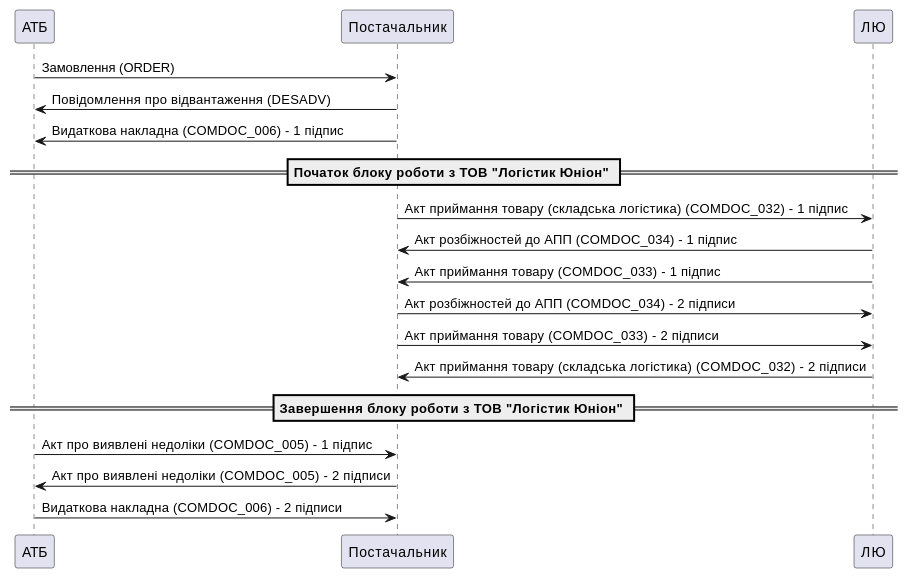
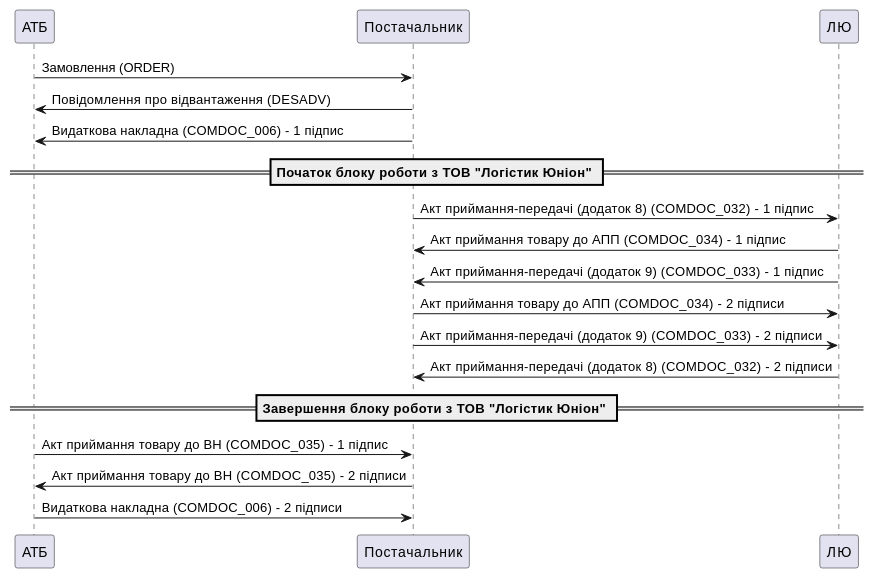
One commit to EDI-N/Docs_ua changed the diagram in docs/ClientProcesses/ATB/ATB_Instructions/ATB_external_EDI_instruction_post.rst. Above: the diagram before and after it, drawn with PlantUML. The commit also changed other lines of this file and 14 other files, not shown here.

```diff
--- a/docs/ClientProcesses/ATB/ATB_Instructions/ATB_external_EDI_instruction_post.rst
+++ b/docs/ClientProcesses/ATB/ATB_Instructions/ATB_external_EDI_instruction_post.rst
@@ -41,26 +41,26 @@
 .. uml::
    :scale: 100 %
    :align: center
 
    @startuml
 
    АТБ -> Постачальник: Замовлення (ORDER)
    АТБ <- Постачальник: Повідомлення про відвантаження (DESADV)
    АТБ <- Постачальник: Видаткова накладна (COMDOC_006) - 1 підпис
 
    == Початок блоку роботи з ТОВ "Логістик Юніон" ==
 
-   Постачальник -> ЛЮ: Акт приймання товару (складська логістика) (COMDOC_032) - 1 підпис
-   Постачальник <- ЛЮ: Акт розбіжностей до АПП (COMDOC_034) - 1 підпис
-   Постачальник <- ЛЮ: Акт приймання товару (COMDOC_033) - 1 підпис
-   Постачальник -> ЛЮ: Акт розбіжностей до АПП (COMDOC_034) - 2 підписи
-   Постачальник -> ЛЮ: Акт приймання товару (COMDOC_033) - 2 підписи
-   Постачальник <- ЛЮ: Акт приймання товару (складська логістика) (COMDOC_032) - 2 підписи
+   Постачальник -> ЛЮ: Акт приймання-передачі (додаток 8) (COMDOC_032) - 1 підпис
+   Постачальник <- ЛЮ: Акт приймання товару до АПП (COMDOC_034) - 1 підпис
+   Постачальник <- ЛЮ: Акт приймання-передачі (додаток 9) (COMDOC_033) - 1 підпис
+   Постачальник -> ЛЮ: Акт приймання товару до АПП (COMDOC_034) - 2 підписи
+   Постачальник -> ЛЮ: Акт приймання-передачі (додаток 9) (COMDOC_033) - 2 підписи
+   Постачальник <- ЛЮ: Акт приймання-передачі (додаток 8) (COMDOC_032) - 2 підписи
 
    == Завершення блоку роботи з ТОВ "Логістик Юніон" ==
 
-   АТБ -> Постачальник: Акт про виявлені недоліки (COMDOC_005) - 1 підпис
-   АТБ <- Постачальник: Акт про виявлені недоліки (COMDOC_005) - 2 підписи
+   АТБ -> Постачальник: Акт приймання товару до ВН (COMDOC_035) - 1 підпис
+   АТБ <- Постачальник: Акт приймання товару до ВН (COMDOC_035) - 2 підписи
    АТБ -> Постачальник: Видаткова накладна (COMDOC_006) - 2 підписи
 
    @enduml
```
